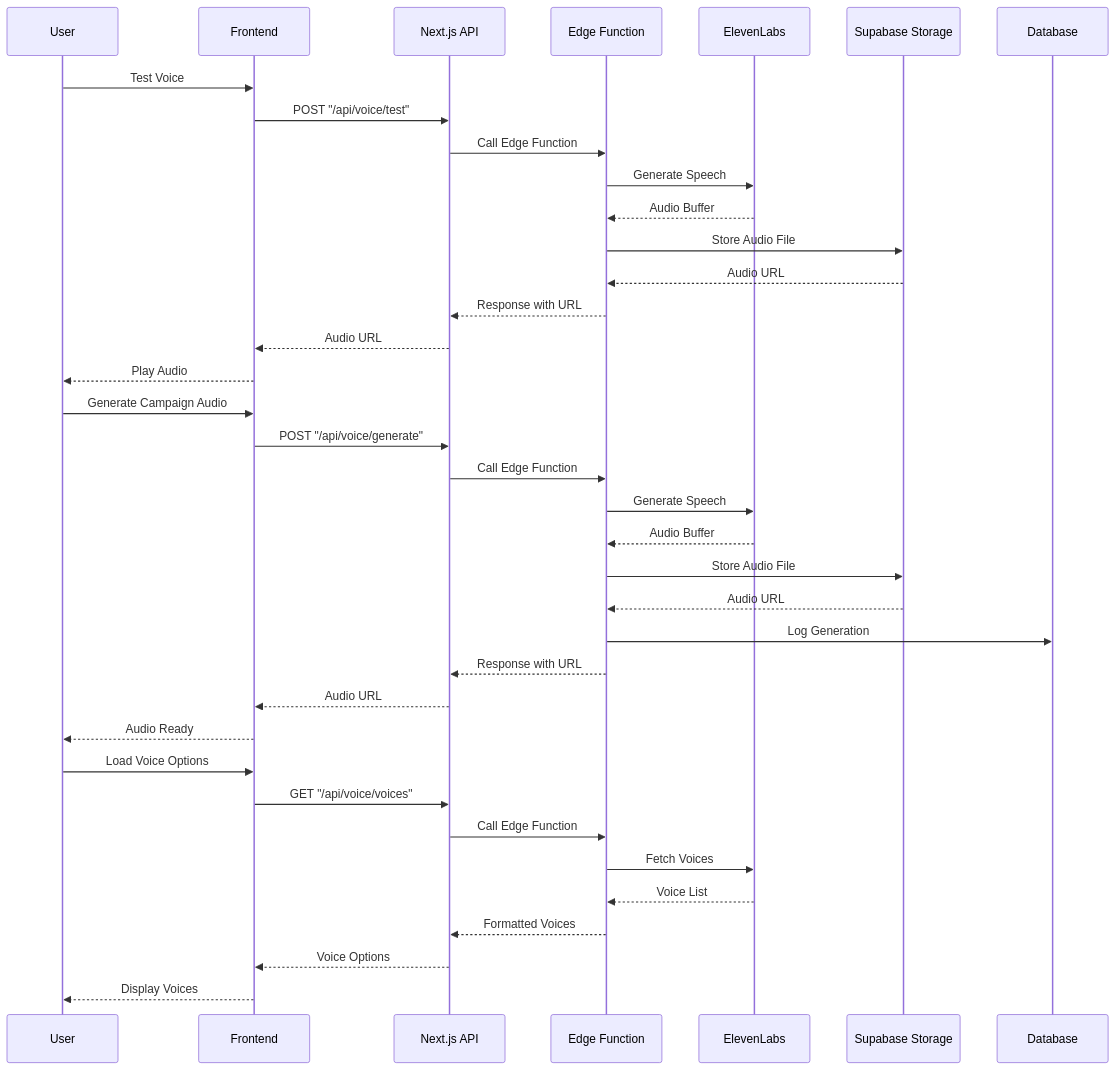
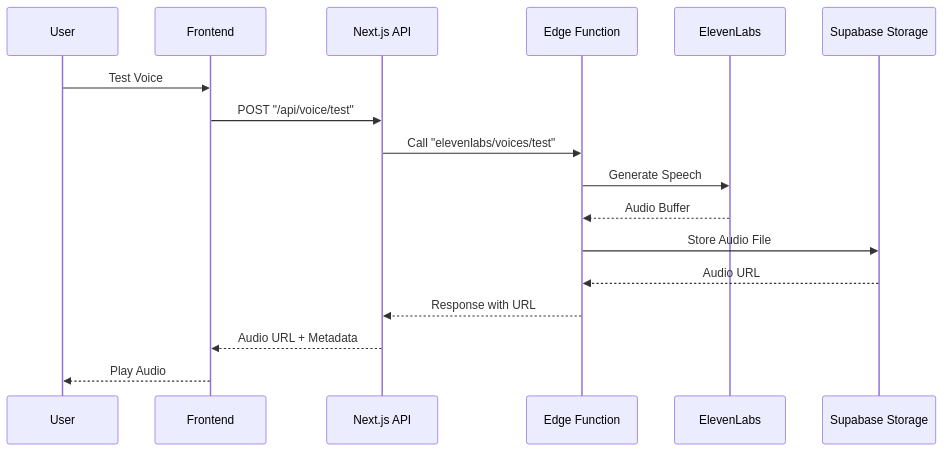
One commit to callhenk/henk changed the second of 12 diagrams in docs/elevenlabs-architecture.md. Above: the diagram before and after it, drawn with Mermaid. The commit also changed other lines of this file, not shown here.

First line of the commit message:
Update ElevenLabs architecture documentation to reflect hybrid system design

````diff
--- a/docs/elevenlabs-architecture.md
+++ b/docs/elevenlabs-architecture.md
@@ -73,45 +114,20 @@
 ```mermaid
 sequenceDiagram
     participant U as User
     participant F as Frontend
     participant N as Next.js API
     participant E as Edge Function
     participant EL as ElevenLabs
     participant S as Supabase Storage
-    participant DB as Database
 
-    %% Voice Testing Flow
     U->>F: Test Voice
     F->>N: POST "/api/voice/test"
-    N->>E: Call Edge Function
+    N->>E: Call "elevenlabs/voices/test"
     E->>EL: Generate Speech
     EL-->>E: Audio Buffer
     E->>S: Store Audio File
     S-->>E: Audio URL
     E-->>N: Response with URL
-    N-->>F: Audio URL
+    N-->>F: Audio URL + Metadata
     F-->>U: Play Audio
-
-    %% Voice Generation Flow
-    U->>F: Generate Campaign Audio
-    F->>N: POST "/api/voice/generate"
-    N->>E: Call Edge Function
-    E->>EL: Generate Speech
-    EL-->>E: Audio Buffer
-    E->>S: Store Audio File
-    S-->>E: Audio URL
-    E->>DB: Log Generation
-    E-->>N: Response with URL
-    N-->>F: Audio URL
-    F-->>U: Audio Ready
-
-    %% Voice Listing Flow
-    U->>F: Load Voice Options
-    F->>N: GET "/api/voice/voices"
-    N->>E: Call Edge Function
-    E->>EL: Fetch Voices
-    EL-->>E: Voice List
-    E-->>N: Formatted Voices
-    N-->>F: Voice Options
-    F-->>U: Display Voices
 ```
````
